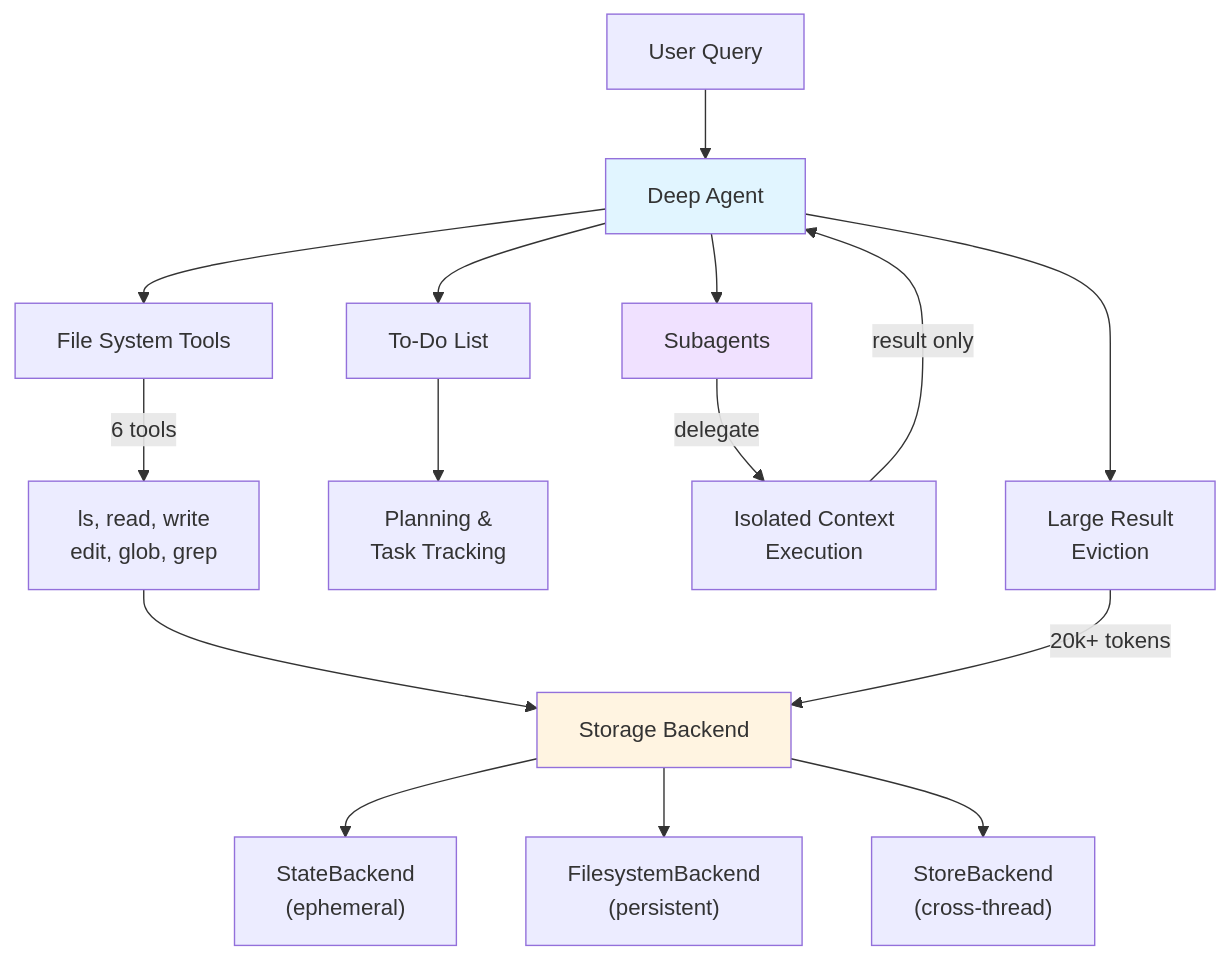
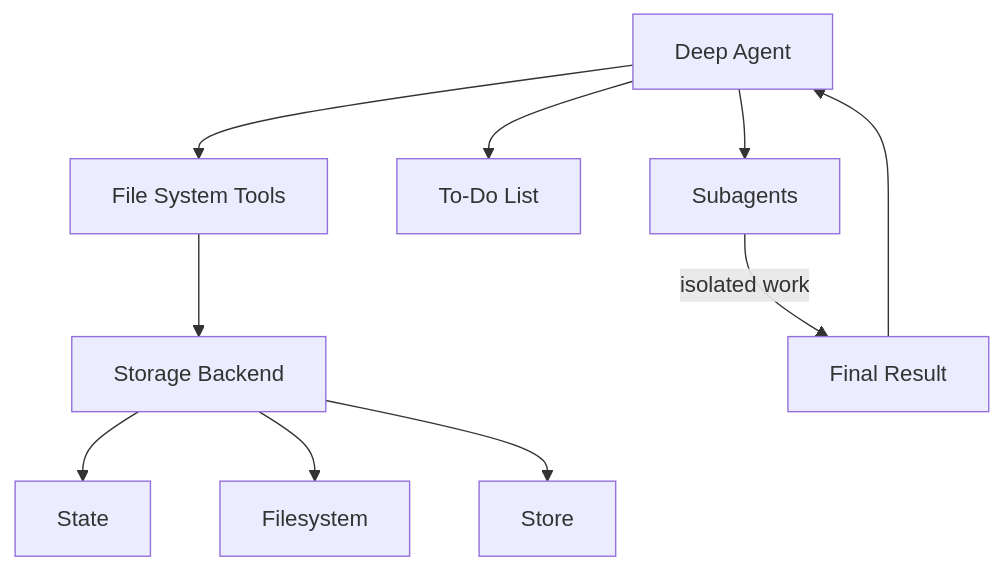
The diagram in src/oss/deepagents/harness.mdx (langchain-ai/docs), drawn with Mermaid before and after one commit. The commit also changed 6 other files, not shown here.

````diff
--- a/src/oss/deepagents/harness.mdx
+++ b/src/oss/deepagents/harness.mdx
@@ -8,32 +8,14 @@
 ```mermaid
 graph TB
-    User[User Query] --> Agent[Deep Agent]
-    Agent --> FS[File System Tools]
+    Agent[Deep Agent] --> Tools[File System Tools]
     Agent --> Todo[To-Do List]
     Agent --> Sub[Subagents]
 
-    FS --> |6 tools| FSTools["ls, read, write
-    edit, glob, grep"]
-    FSTools --> Backend[Storage Backend]
-    Backend --> State["StateBackend
-    (ephemeral)"]
-    Backend --> Disk["FilesystemBackend
-    (persistent)"]
-    Backend --> Store["StoreBackend
-    (cross-thread)"]
+    Tools --> Backend[Storage Backend]
+    Backend --> State[State]
+    Backend --> Disk[Filesystem]
+    Backend --> Store[Store]
 
-    Todo --> Plan["Planning &
-    Task Tracking"]
-
-    Sub --> |delegate| SubExec["Isolated Context
-    Execution"]
-    SubExec --> |result only| Agent
-
-    Agent --> Evict["Large Result
-    Eviction"]
-    Evict --> |"20k+ tokens"| Backend
-
-    style Agent fill:#e1f5ff
-    style Backend fill:#fff4e1
-    style Sub fill:#f0e1ff
+    Sub --> |isolated work| Result[Final Result]
+    Result --> Agent
 ```
````
